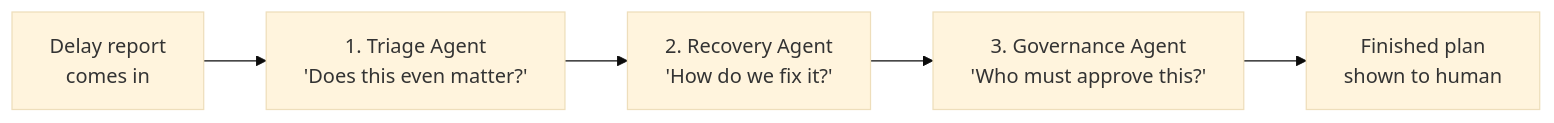
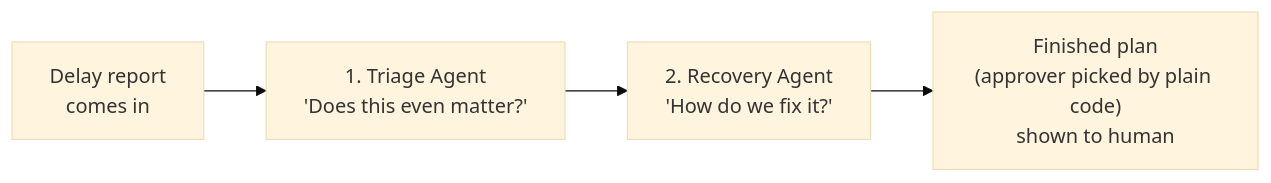
One commit to Nihar4569/signalbridge changed the first of 2 diagrams in docs/agents.md. Above: the diagram before and after it, drawn with Mermaid (base theme). The commit also changed other lines of this file and 16 other files, not shown here.

First line of the commit message:
Remove the LLM governance agent; approver is a plain-code default per tier

````diff
--- a/docs/agents.md
+++ b/docs/agents.md
@@ -35,7 +35,6 @@
 ```mermaid
 flowchart LR
     IN["Delay report<br/>comes in"] --> A1
     A1["1. Triage Agent<br/>'Does this even matter?'"] --> A2
-    A2["2. Recovery Agent<br/>'How do we fix it?'"] --> A3
-    A3["3. Governance Agent<br/>'Who must approve this?'"] --> OUT["Finished plan<br/>shown to human"]
+    A2["2. Recovery Agent<br/>'How do we fix it?'"] --> OUT["Finished plan<br/>(approver picked by plain code)<br/>shown to human"]
 ```
````
